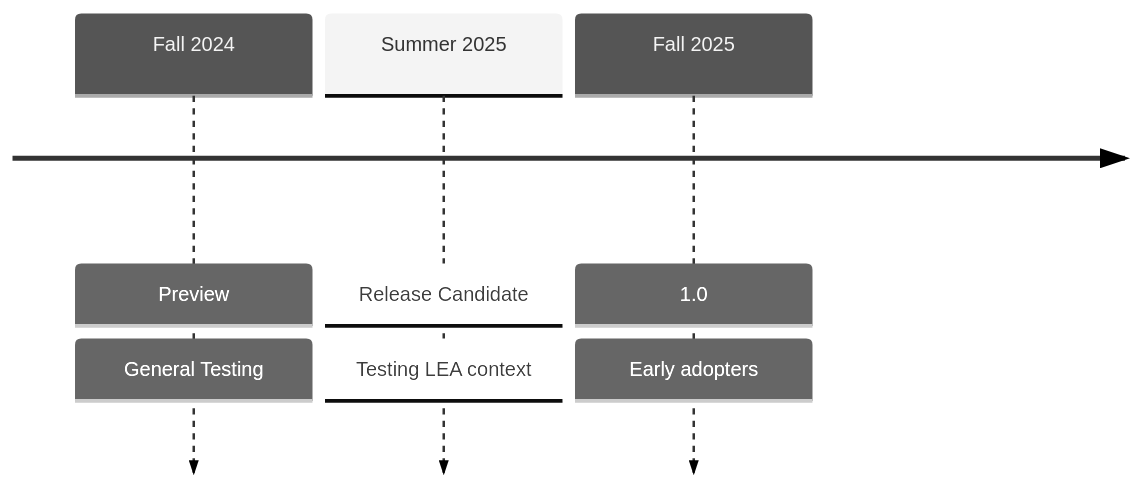
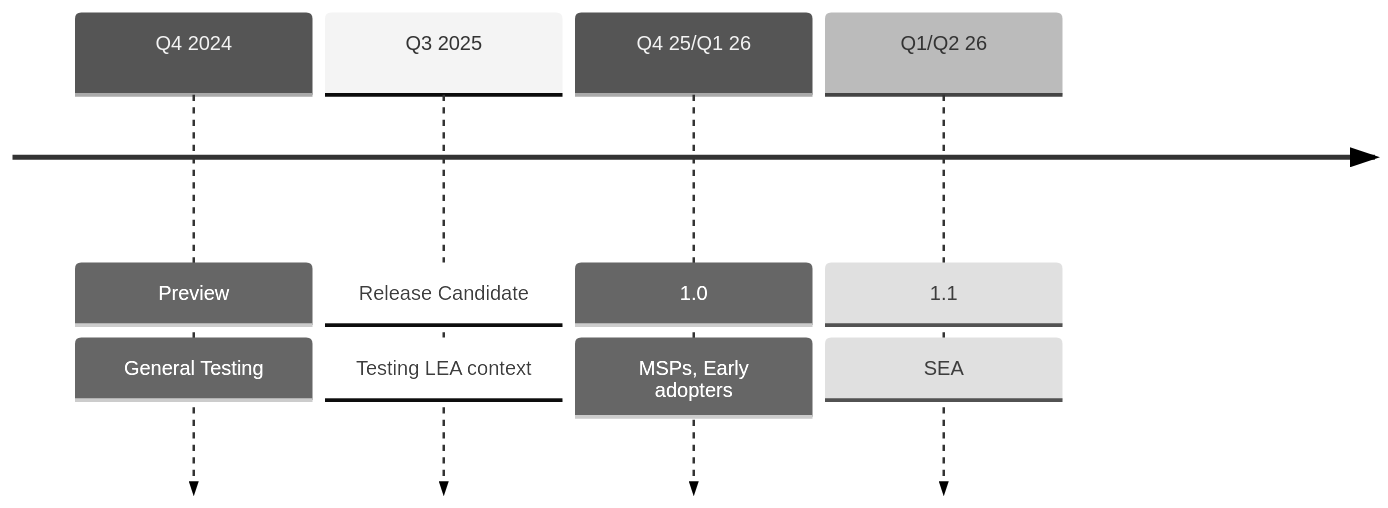
Before and after one commit to Ed-Fi-Alliance-OSS/ed-fi-alliance-oss.github.io: the diagram in docs/reference/0-roadmap/api-faq.mdx, drawn with Mermaid. The commit also changed other lines of this file and 1 other file, not shown here.

````diff
--- a/docs/reference/0-roadmap/api-faq.mdx
+++ b/docs/reference/0-roadmap/api-faq.mdx
@@ -93,10 +91,12 @@
 ```mermaid
 %%{init: { 'theme': 'neutral' } }%%
 timeline
-    Fall 2024 : Preview
+    Q4 2024 : Preview
          : General Testing
-    Summer 2025 : Release Candidate
+    Q3 2025 : Release Candidate
          : Testing LEA context
-    Fall 2025 : 1.0
-         : Early adopters
+    Q4 25/Q1 26 : 1.0
+         : MSPs, Early adopters
+    Q1/Q2 26 : 1.1
+         : SEA
 ```
````
